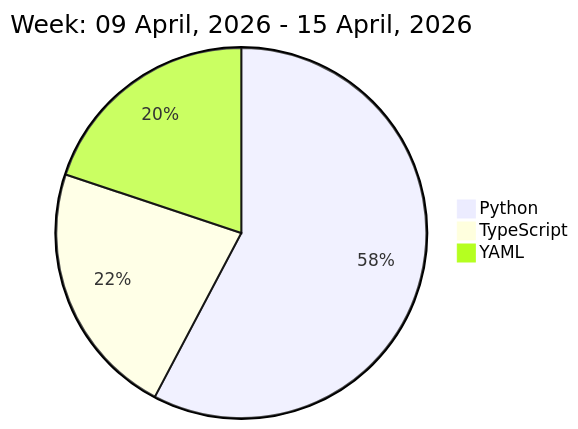
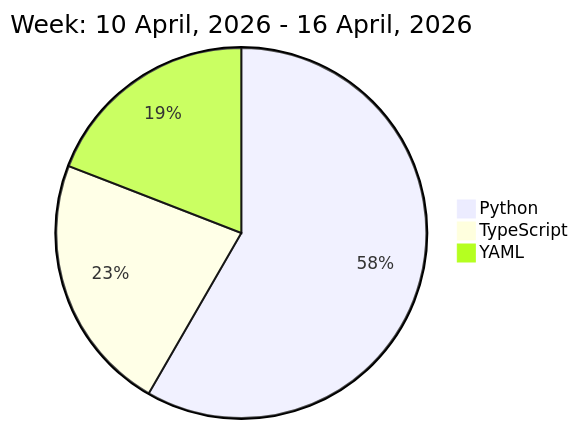
Before and after one commit to liubin95/liubin95: the diagram in README.md, drawn with Mermaid.

Commit message:
Updated the Graph with new Metrics

````diff
--- a/README.md
+++ b/README.md
@@ -32,7 +32,7 @@
 ```mermaid
  pie
-title Week: 09 April, 2026 - 15 April, 2026
- "Python" : 9.67
- "TypeScript" : 3.75
- "YAML" : 3.33
+title Week: 10 April, 2026 - 16 April, 2026
+ "Python" : 10.47
+ "TypeScript" : 4.05
+ "YAML" : 3.43
 ```
````
